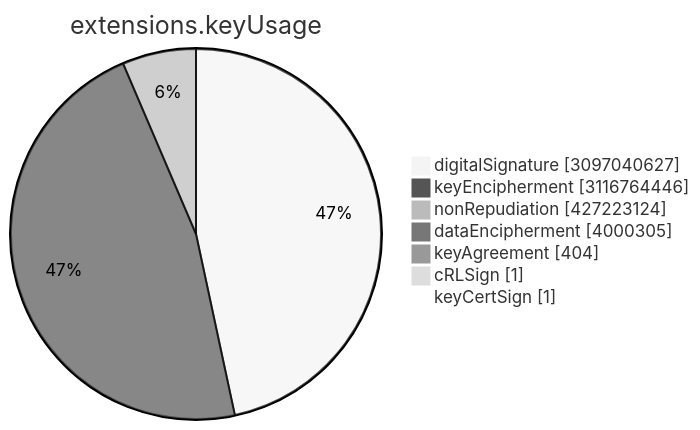
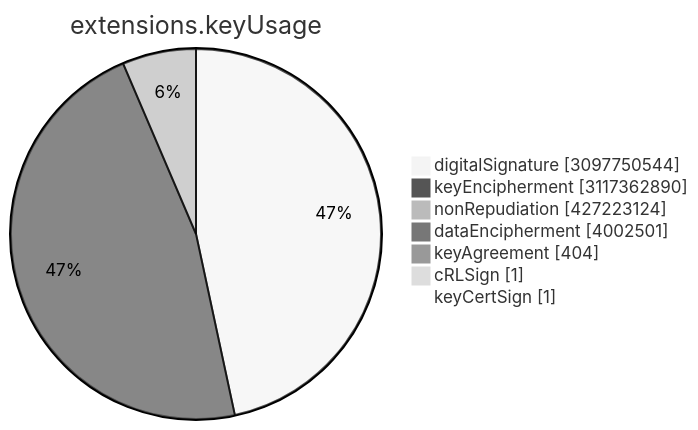
Before and after one commit to christiankrug/ctmonitor_visualization: the sixth of 15 diagrams in TOTAL/README.md, drawn with Mermaid (neutral theme). The commit also changed other lines of this file, not shown here.

````diff
--- a/TOTAL/README.md
+++ b/TOTAL/README.md
@@ -3077,11 +3077,11 @@
 ```mermaid
 pie showData
 title extensions.keyUsage
-"digitalSignature" :3097040627
-"keyEncipherment" :3116764446
+"digitalSignature" :3097750544
+"keyEncipherment" :3117362890
 "nonRepudiation" :427223124
-"dataEncipherment" :4000305
+"dataEncipherment" :4002501
 "keyAgreement" :404
 "cRLSign" :1
 "keyCertSign" :1
 ```
````
